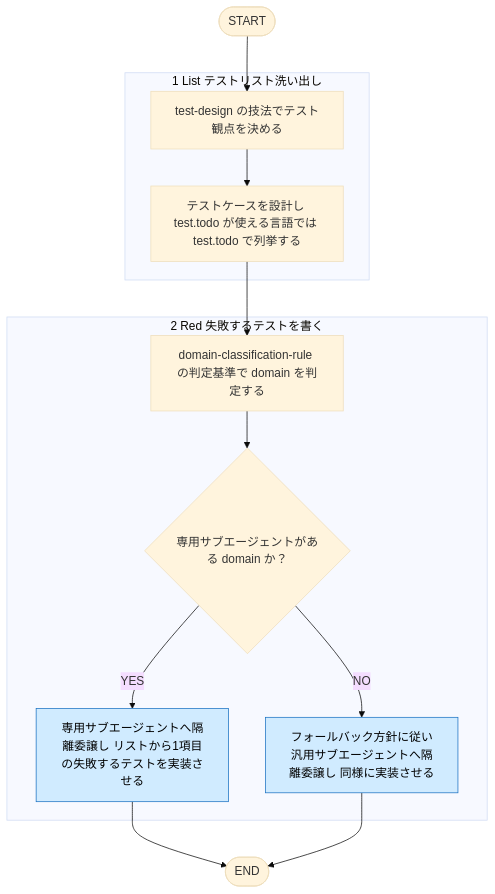
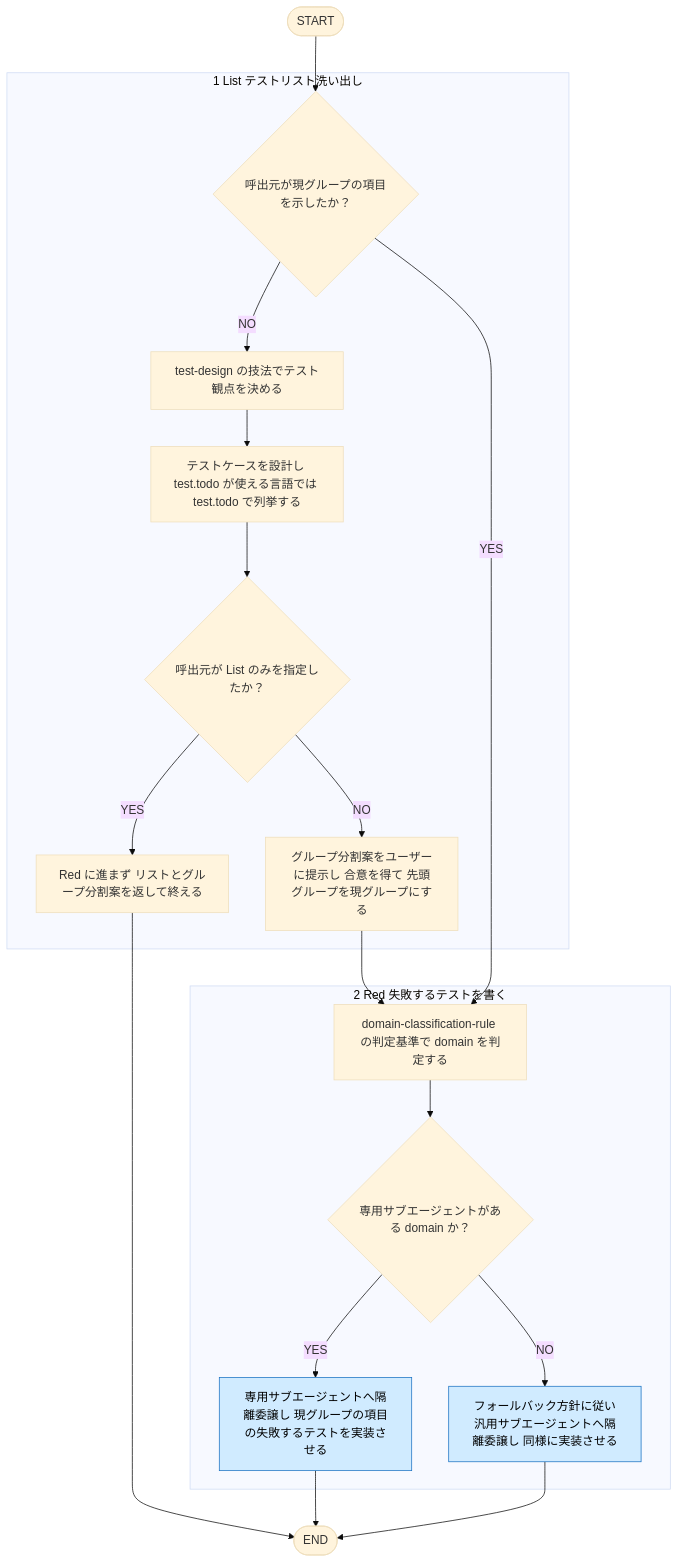
Before and after one commit to kokuto821/matagi: the diagram in plugins/matagi/skills/test-coding/SKILL.md, drawn with Mermaid (base theme). The commit also changed other lines of this file and 2 other files, not shown here.

Commit message:
#110 refactor: 委譲とコミット承認の回数を抑えるため TDD の Red-Green をグループ単位で回す運用にする
tdd-rule §2 に Red-Green の実施粒度（グループの定義・分割と粒度変更の合意・制約）を新設し、
tdd-workflow と test-coding を追従させる。

````diff
--- a/plugins/matagi/skills/test-coding/SKILL.md
+++ b/plugins/matagi/skills/test-coding/SKILL.md
@@ -30,29 +30,39 @@
 ```mermaid
 flowchart TD
     START(["START"])
     END(["END"])
 
     subgraph L1["1 List テストリスト洗い出し"]
+        S1e{"呼出元が現グループの項目を示したか？"}
         S1a["test-design の技法でテスト観点を決める"]
         S1b["テストケースを設計し test.todo が使える言語では test.todo で列挙する"]
+        S1c{"呼出元が List のみを指定したか？"}
+        S1d["Red に進まず リストとグループ分割案を返して終える"]
+        S1f["グループ分割案をユーザーに提示し 合意を得て 先頭グループを現グループにする"]
+        S1e -->|NO| S1a
         S1a --> S1b
+        S1b --> S1c
+        S1c -->|YES| S1d
+        S1c -->|NO| S1f
     end
 
     subgraph L2["2 Red 失敗するテストを書く"]
         S2a["domain-classification-rule の判定基準で domain を判定する"]
         S2b{"専用サブエージェントがある domain か？"}
-        S2c["専用サブエージェントへ隔離委譲し リストから1項目の失敗するテストを実装させる"]
+        S2c["専用サブエージェントへ隔離委譲し 現グループの項目の失敗するテストを実装させる"]
         S2d["フォールバック方針に従い汎用サブエージェントへ隔離委譲し 同様に実装させる"]
         S2a --> S2b
         S2b -->|YES| S2c
         S2b -->|NO| S2d
     end
 
-    START --> S1a
-    S1b --> S2a
+    START --> S1e
+    S1e -->|YES| S2a
+    S1f --> S2a
+    S1d --> END
     S2c --> END
     S2d --> END
 
     classDef delegate fill:#d0ebff,stroke:#1971c2,color:#000
     class S2c,S2d delegate
 ```
````
